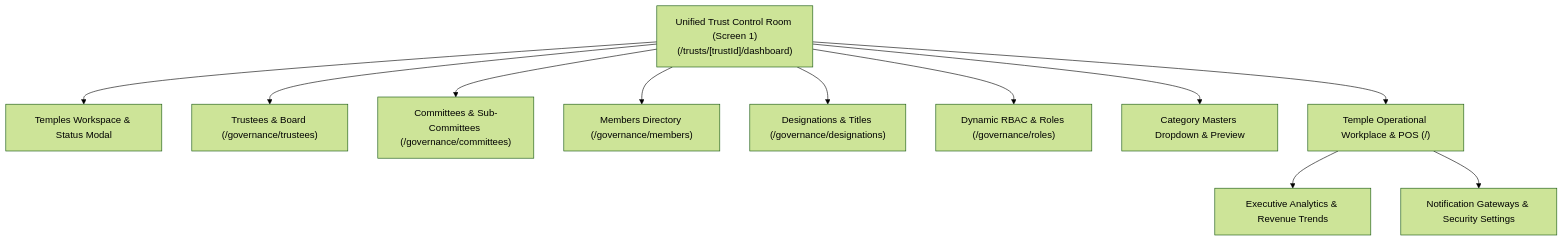
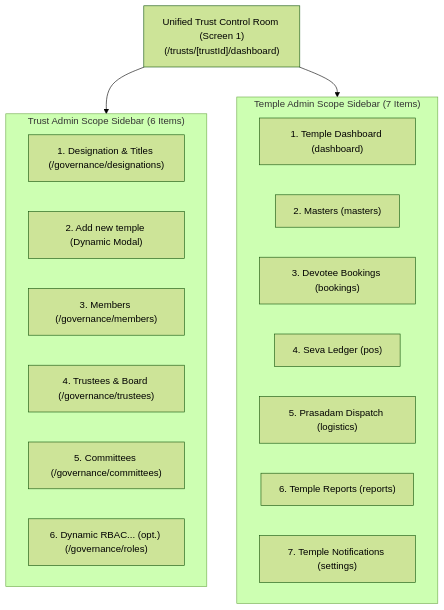
One commit to prahasanp07/sankalpavani-admin-v1 changed the first of 2 diagrams in PROJECT_IMPLEMENTATION_ANALYSIS_REPORT.md. Above: the diagram before and after it, drawn with Mermaid (forest theme). The commit also changed other lines of this file and 13 other files, not shown here.

Commit message:
fix: revision 2 on trust & temple end.

````diff
--- a/PROJECT_IMPLEMENTATION_ANALYSIS_REPORT.md
+++ b/PROJECT_IMPLEMENTATION_ANALYSIS_REPORT.md
@@ -222,25 +229,25 @@
 ```mermaid
 graph TD
+    subgraph TrustAdminScope["Trust Admin Scope Sidebar (6 Items)"]
+        T1["1. Designation & Titles (/governance/designations)"]
+        T2["2. Add new temple (Dynamic Modal)"]
+        T3["3. Members (/governance/members)"]
+        T4["4. Trustees & Board (/governance/trustees)"]
+        T5["5. Committees (/governance/committees)"]
+        T6["6. Dynamic RBAC... (opt.) (/governance/roles)"]
+    end
+
+    subgraph TempleAdminScope["Temple Admin Scope Sidebar (7 Items)"]
+        M1["1. Temple Dashboard (dashboard)"]
+        M2["2. Masters (masters)"]
+        M3["3. Devotee Bookings (bookings)"]
+        M4["4. Seva Ledger (pos)"]
+        M5["5. Prasadam Dispatch (logistics)"]
+        M6["6. Temple Reports (reports)"]
+        M7["7. Temple Notifications (settings)"]
+    end
+
     Dashboard["Unified Trust Control Room (Screen 1)\n(/trusts/[trustId]/dashboard)"]
-    Temples["Temples Workspace & Status Modal"]
-    Trustees["Trustees & Board (/governance/trustees)"]
-    Committees["Committees & Sub-Committees (/governance/committees)"]
-    Members["Members Directory (/governance/members)"]
-    Designations["Designations & Titles (/governance/designations)"]
-    Roles["Dynamic RBAC & Roles (/governance/roles)"]
-    Categories["Category Masters Dropdown & Preview"]
-    TempleWorkplace["Temple Operational Workplace & POS (/)"]
-    AnalyticsDashboard["Executive Analytics & Revenue Trends"]
-    SettingsPortal["Notification Gateways & Security Settings"]
-
-    Dashboard --> Designations
-    Dashboard --> Roles
-    Dashboard --> Categories
-    Dashboard --> Temples
-    Dashboard --> Trustees
-    Dashboard --> Committees
-    Dashboard --> Members
-    Dashboard --> TempleWorkplace
-    TempleWorkplace --> AnalyticsDashboard
-    TempleWorkplace --> SettingsPortal
+    Dashboard --> TrustAdminScope
+    Dashboard --> TempleAdminScope
 ```
````
